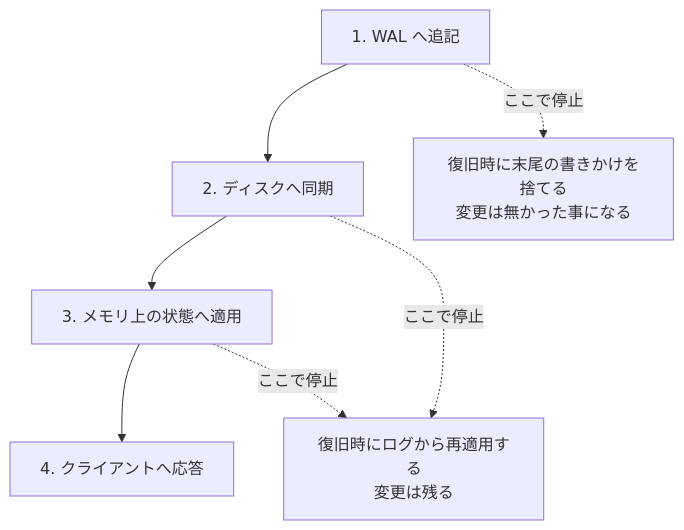
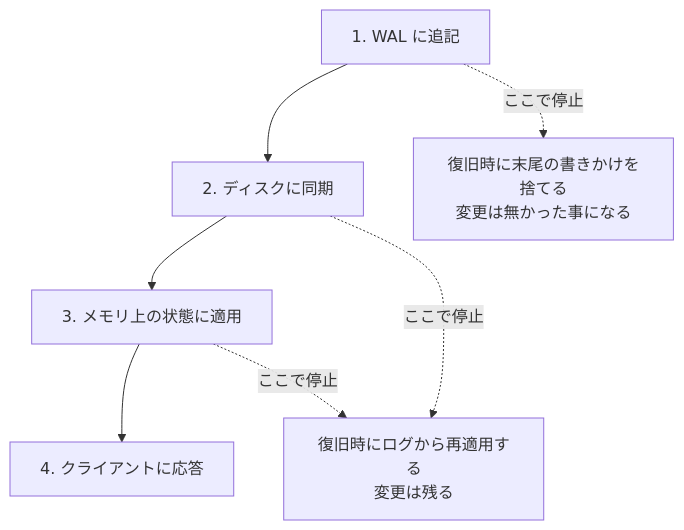
The third of 5 diagrams in content/notes/distributed-systems/write-ahead-log/index.md (nao1215/debimate), drawn with Mermaid before and after one commit. The commit also changed other lines of this file and 46 other files, not shown here.

````diff
--- a/content/notes/distributed-systems/write-ahead-log/index.md
+++ b/content/notes/distributed-systems/write-ahead-log/index.md
@@ -61,9 +61,9 @@
 ```mermaid
 flowchart TD
-    A["1. WAL へ追記"] --> B["2. ディスクへ同期"]
-    B --> C["3. メモリ上の状態へ適用"]
-    C --> D["4. クライアントへ応答"]
+    A["1. WAL に追記"] --> B["2. ディスクに同期"]
+    B --> C["3. メモリ上の状態に適用"]
+    C --> D["4. クライアントに応答"]
     A -. "ここで停止" .-> X["復旧時に末尾の書きかけを捨てる<br/>変更は無かった事になる"]
     B -. "ここで停止" .-> Y["復旧時にログから再適用する<br/>変更は残る"]
     C -. "ここで停止" .-> Y
 ```
````
